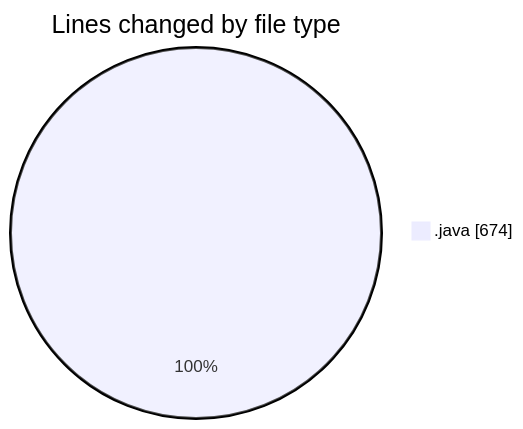
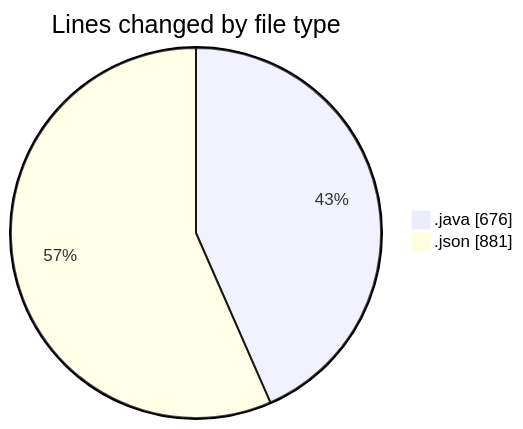
One commit to ricardozamudiocil/code-tracking changed the first of 2 diagrams in 2026-02-24/cilapp/README.md. Above: the diagram before and after it, drawn with Mermaid. The commit also changed other lines of this file and 1 other file, not shown here.

````diff
--- a/2026-02-24/cilapp/README.md
+++ b/2026-02-24/cilapp/README.md
@@ -20,5 +21,6 @@
 ```mermaid
 pie showData
 title Lines changed by file type
-".java" : 674
+".java" : 676
+".json" : 881
 ```
````
